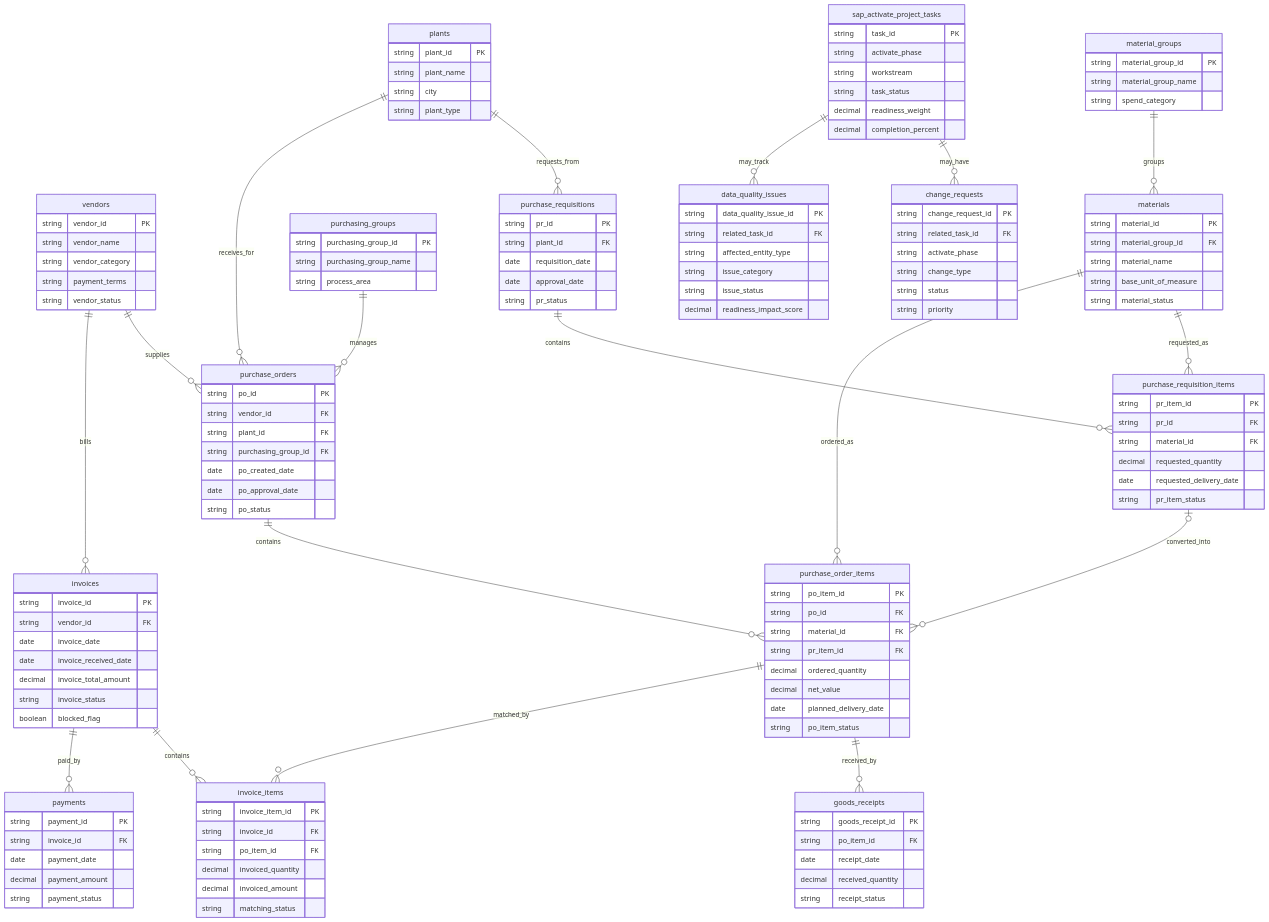
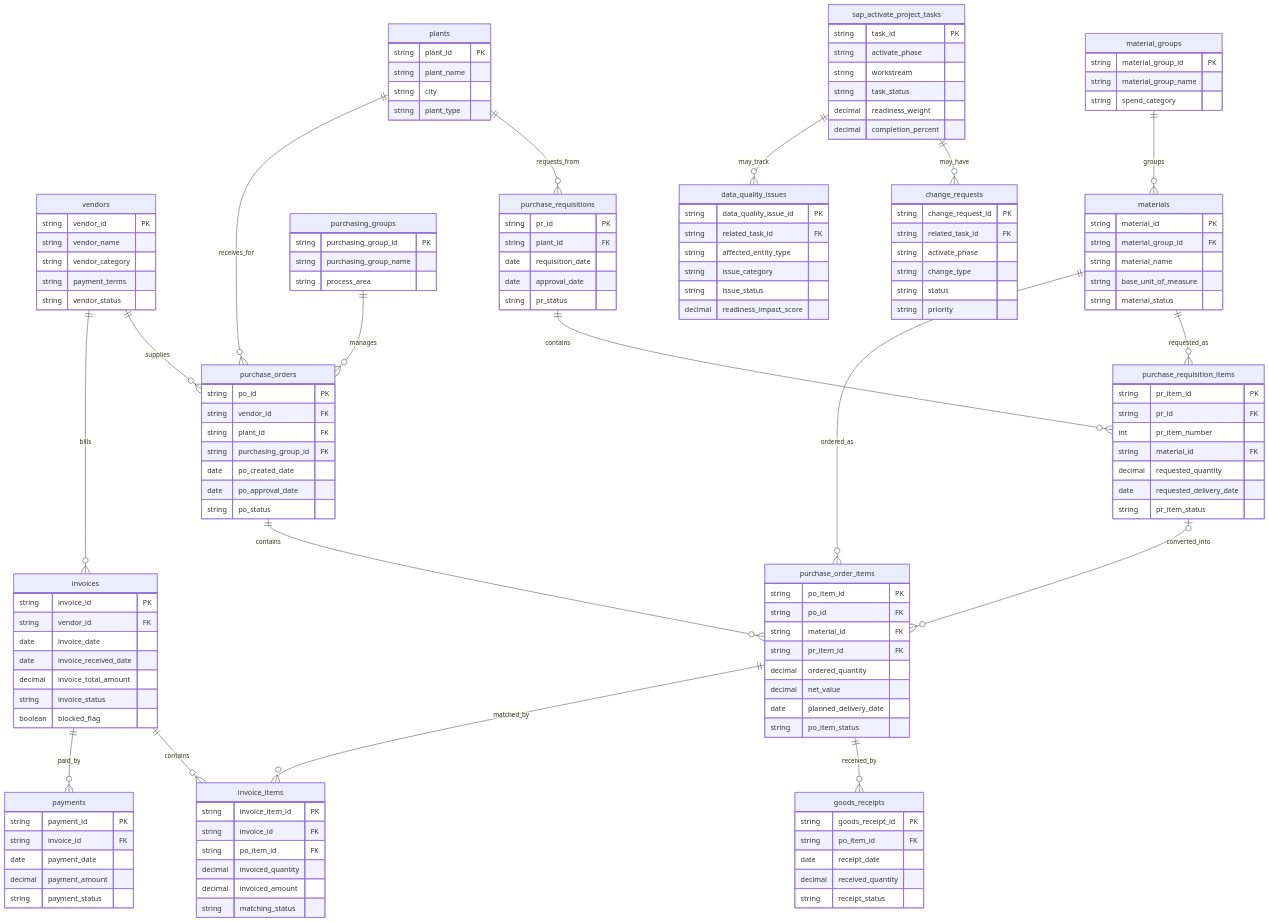
The diagram in docs/data_model.md (enes-fe/sap-activate-erp-procurement-analytics), drawn with Mermaid before and after one commit. The commit also changed other lines of this file and 1 other file, not shown here.

Commit message:
docs: align documentation with SQLite schema

```diff
--- a/docs/data_model.md
+++ b/docs/data_model.md
@@ -412,6 +437,7 @@
     purchase_requisition_items {
         string pr_item_id PK
         string pr_id FK
+        int pr_item_number
         string material_id FK
         decimal requested_quantity
         date requested_delivery_date
```
